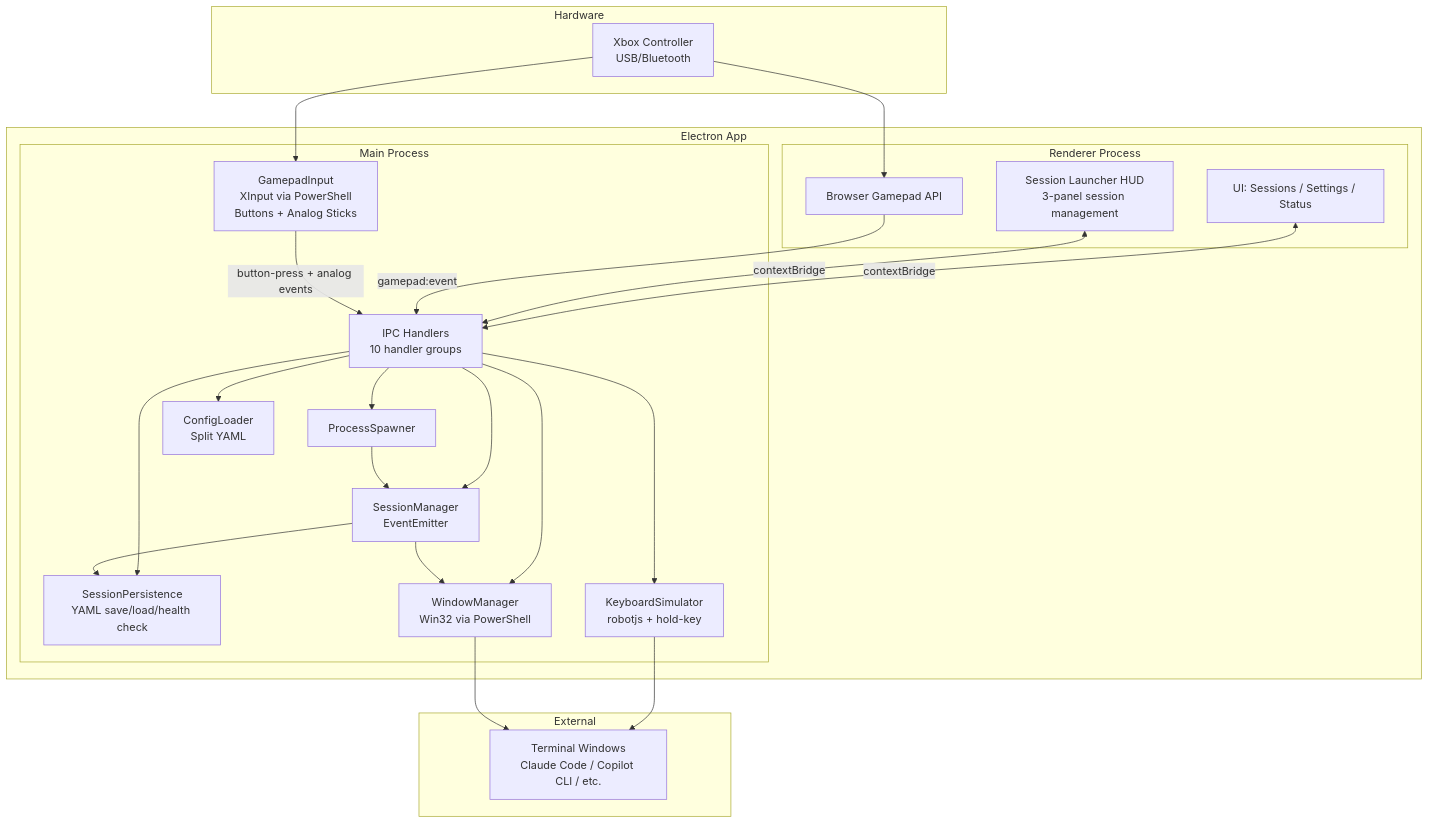
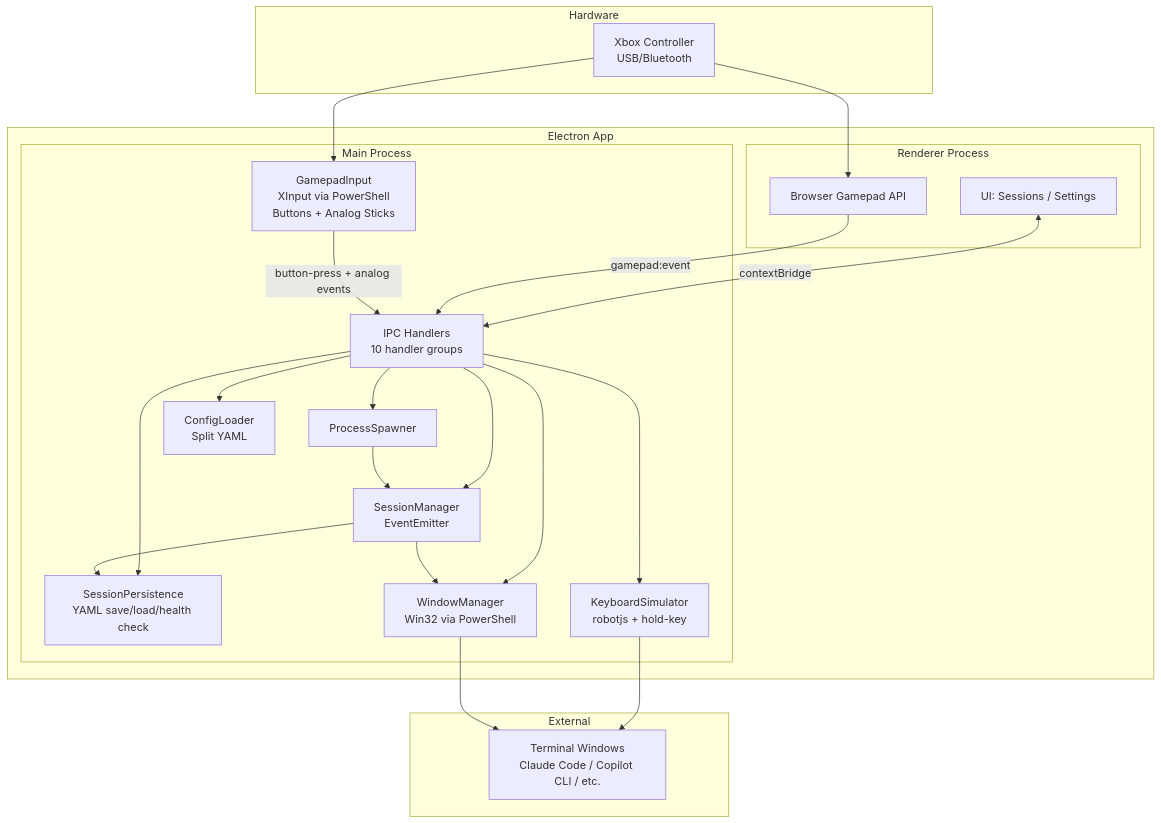
One commit to PetePeter/gamepad-cli-hub changed the diagram in CLAUDE.md. Above: the diagram before and after it, drawn with Mermaid. The commit also changed other lines of this file and 19 other files, not shown here.

````diff
--- a/CLAUDE.md
+++ b/CLAUDE.md
@@ -9,48 +9,46 @@
 ```mermaid
 graph TB
     subgraph Hardware
         XC[Xbox Controller<br/>USB/Bluetooth]
     end
 
     subgraph "Electron App"
         subgraph "Renderer Process"
-            UI[UI: Sessions / Settings / Status]
-            HUD[Session Launcher HUD<br/>3-panel session management]
+            UI[UI: Sessions / Settings]
             BGA[Browser Gamepad API]
         end
 
         subgraph "Main Process"
             IPC[IPC Handlers<br/>10 handler groups]
             GI[GamepadInput<br/>XInput via PowerShell<br/>Buttons + Analog Sticks]
             SM[SessionManager<br/>EventEmitter]
             SP[SessionPersistence<br/>YAML save/load/health check]
             PS[ProcessSpawner]
             KS[KeyboardSimulator<br/>robotjs + hold-key]
             WM[WindowManager<br/>Win32 via PowerShell]
             CL[ConfigLoader<br/>Split YAML]
         end
 
         UI <-->|contextBridge| IPC
-        HUD <-->|contextBridge| IPC
         BGA -->|gamepad:event| IPC
     end
 
     XC --> GI
     XC --> BGA
     GI -->|button-press + analog events| IPC
     IPC --> SM
     IPC --> SP
     IPC --> PS
     IPC --> KS
     IPC --> WM
     IPC --> CL
     SM --> SP
     SM --> WM
     PS --> SM
     KS --> TW
     WM --> TW
 
     subgraph "External"
         TW[Terminal Windows<br/>Claude Code / Copilot CLI / etc.]
     end
 ```
````
